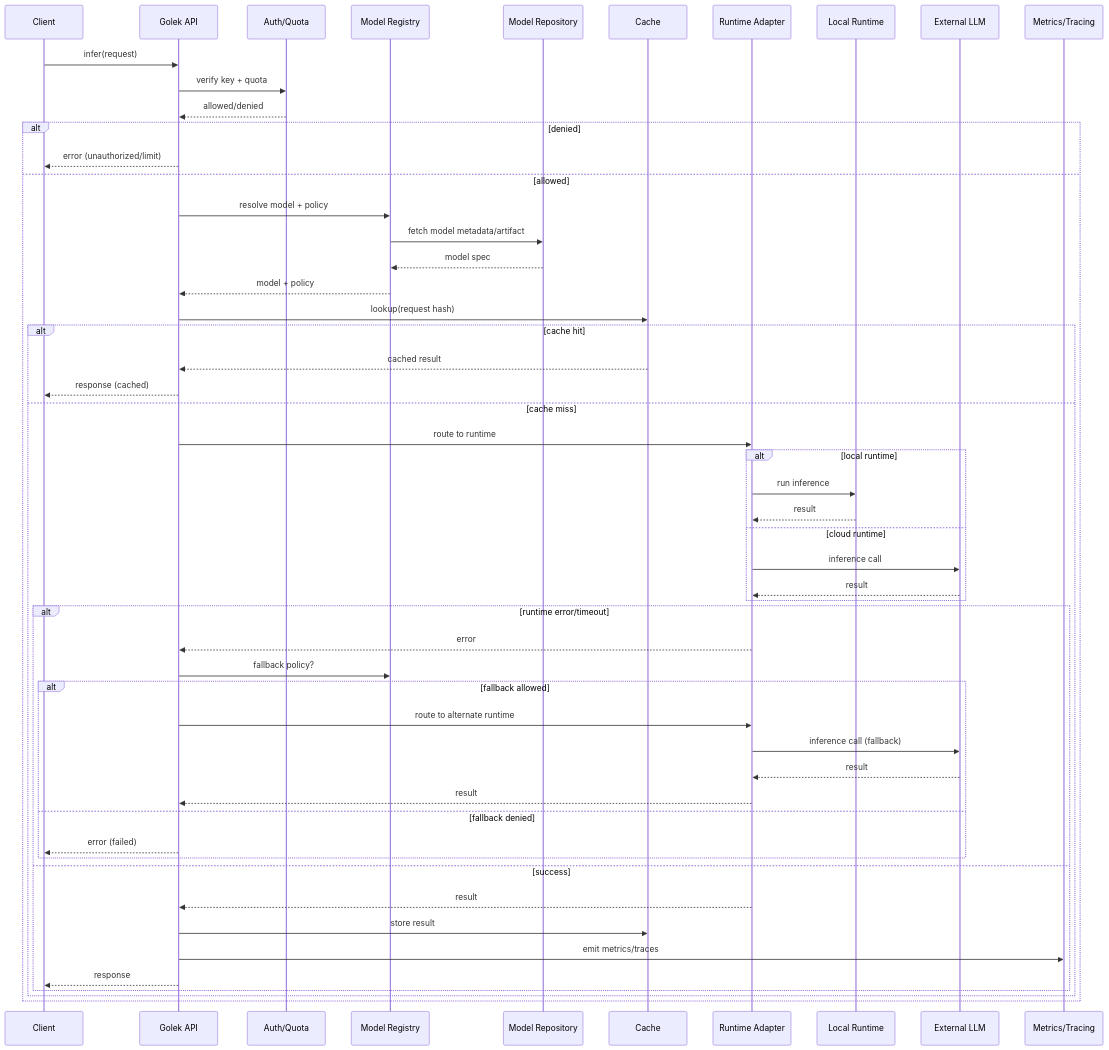
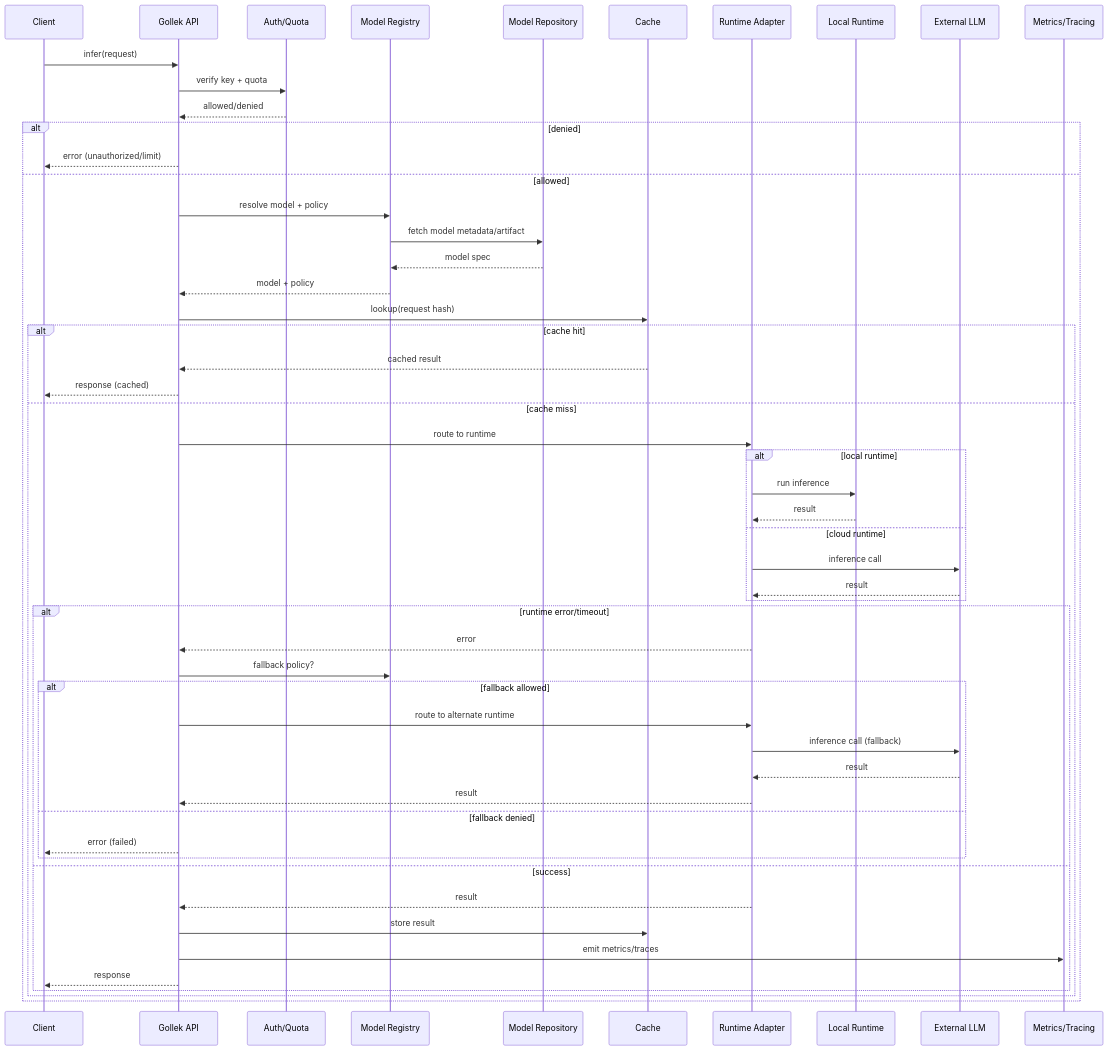
Before and after one commit to bhangun/wayang: the fifth of 5 diagrams in docs/3-golek-architecture.md, drawn with Mermaid. The commit also changed other lines of this file and 1898 other files, not shown here.

````diff
--- a/docs/3-golek-architecture.md
+++ b/docs/3-golek-architecture.md
@@ -156,56 +404,56 @@
 ```mermaid
 sequenceDiagram
     participant CL as Client
-    participant API as Golek API
+    participant API as Gollek API
     participant AUTH as Auth/Quota
     participant REG as Model Registry
     participant REP as Model Repository
     participant CACHE as Cache
     participant RT as Runtime Adapter
     participant LOCAL as Local Runtime
     participant LLM as External LLM
     participant OBS as Metrics/Tracing
 
     CL ->> API: infer(request)
     API ->> AUTH: verify key + quota
     AUTH -->> API: allowed/denied
     alt denied
         API -->> CL: error (unauthorized/limit)
     else allowed
         API ->> REG: resolve model + policy
         REG ->> REP: fetch model metadata/artifact
         REP -->> REG: model spec
         REG -->> API: model + policy
         API ->> CACHE: lookup(request hash)
         alt cache hit
             CACHE -->> API: cached result
             API -->> CL: response (cached)
         else cache miss
             API ->> RT: route to runtime
             alt local runtime
                 RT ->> LOCAL: run inference
                 LOCAL -->> RT: result
             else cloud runtime
                 RT ->> LLM: inference call
                 LLM -->> RT: result
             end
             alt runtime error/timeout
                 RT -->> API: error
                 API ->> REG: fallback policy?
                 alt fallback allowed
                     API ->> RT: route to alternate runtime
                     RT ->> LLM: inference call (fallback)
                     LLM -->> RT: result
                     RT -->> API: result
                 else fallback denied
                     API -->> CL: error (failed)
                 end
             else success
                 RT -->> API: result
                 API ->> CACHE: store result
                 API ->> OBS: emit metrics/traces
                 API -->> CL: response
             end
         end
     end
 ```
````
